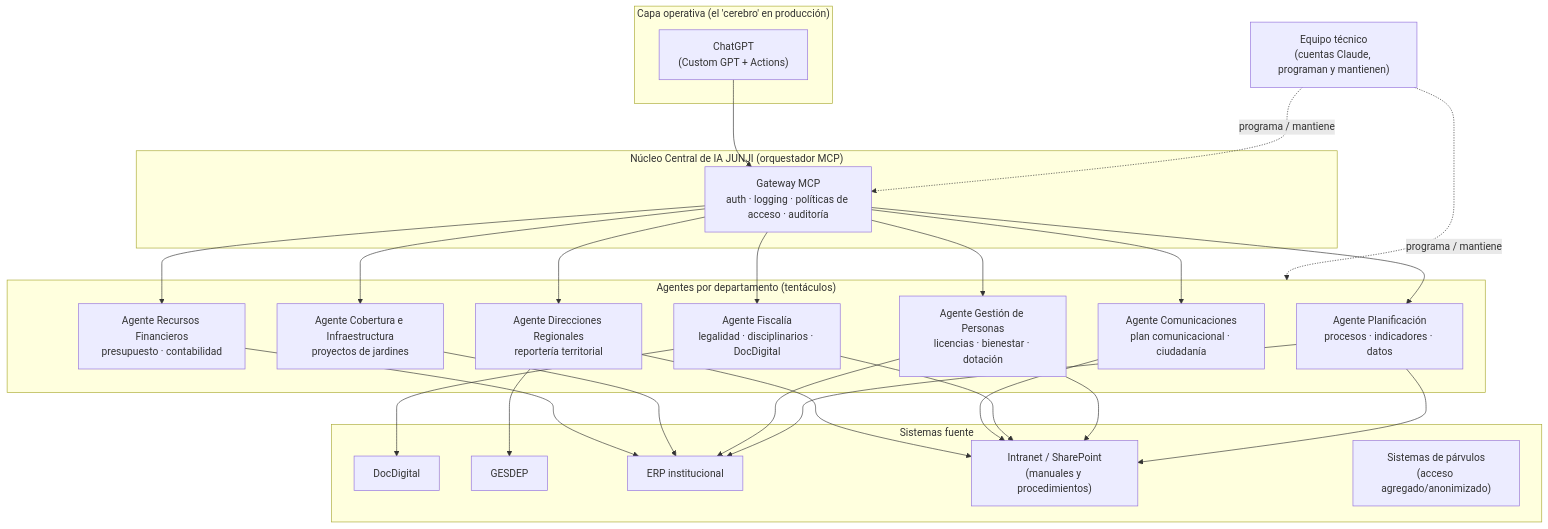
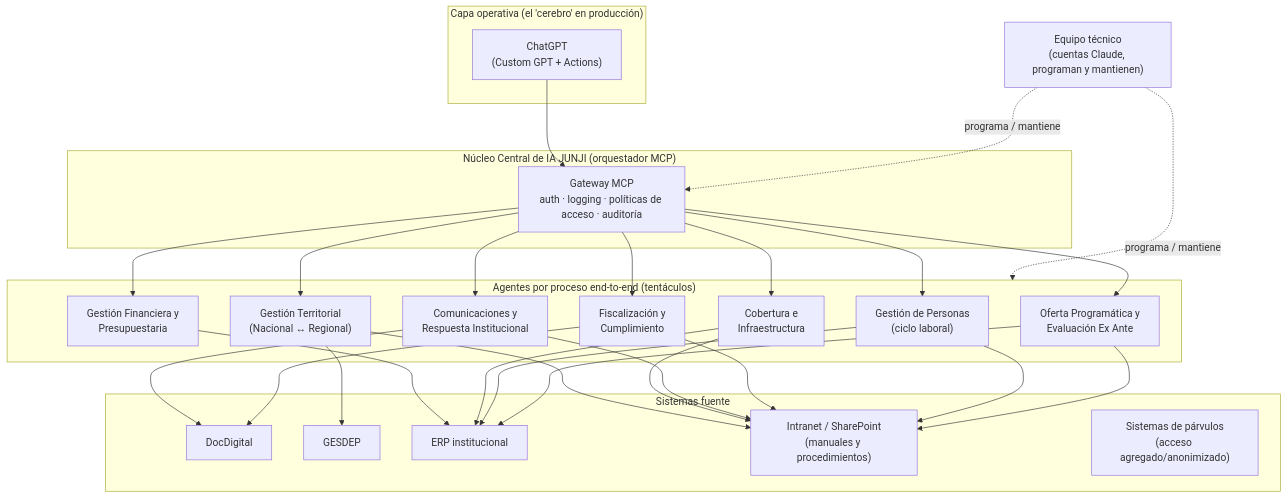
One commit to fzafe/docdigital-mcp-proxy changed the diagram in docs/estrategia-ia-junji-2026.md. Above: the diagram before and after it, drawn with Mermaid. The commit also changed other lines of this file and 1 other file, not shown here.

First line of the commit message:
Rediseñar agentes por proceso end-to-end desde el dia uno, y corregir conteo de regiones

````diff
--- a/docs/estrategia-ia-junji-2026.md
+++ b/docs/estrategia-ia-junji-2026.md
@@ -72,42 +74,42 @@
 ```mermaid
 flowchart TB
     DEV["Equipo técnico<br/>(cuentas Claude, programan y mantienen)"]
 
     subgraph Cerebro["Capa operativa (el 'cerebro' en producción)"]
         GPT["ChatGPT<br/>(Custom GPT + Actions)"]
     end
 
     subgraph Nucleo["Núcleo Central de IA JUNJI (orquestador MCP)"]
         GW["Gateway MCP<br/>auth · logging · políticas de acceso · auditoría"]
     end
 
-    subgraph Tentaculos["Agentes por departamento (tentáculos)"]
-        A1["Agente Planificación<br/>procesos · indicadores · datos"]
-        A2["Agente Gestión de Personas<br/>licencias · bienestar · dotación"]
-        A3["Agente Fiscalía<br/>legalidad · disciplinarios · DocDigital"]
-        A4["Agente Comunicaciones<br/>plan comunicacional · ciudadanía"]
-        A5["Agente Cobertura e Infraestructura<br/>proyectos de jardines"]
-        A6["Agente Recursos Financieros<br/>presupuesto · contabilidad"]
-        A7["Agente Direcciones Regionales<br/>reportería territorial"]
+    subgraph Tentaculos["Agentes por proceso end-to-end (tentáculos)"]
+        A1["Oferta Programática y<br/>Evaluación Ex Ante"]
+        A2["Gestión de Personas<br/>(ciclo laboral)"]
+        A3["Fiscalización y<br/>Cumplimiento"]
+        A4["Comunicaciones y<br/>Respuesta Institucional"]
+        A5["Cobertura e<br/>Infraestructura"]
+        A6["Gestión Financiera y<br/>Presupuestaria"]
+        A7["Gestión Territorial<br/>(Nacional ↔ Regional)"]
     end
 
     subgraph Sistemas["Sistemas fuente"]
         S1["DocDigital"]
         S2["GESDEP"]
         S3["ERP institucional"]
         S4["Intranet / SharePoint<br/>(manuales y procedimientos)"]
         S5["Sistemas de párvulos<br/>(acceso agregado/anonimizado)"]
     end
 
     DEV -. "programa / mantiene" .-> GW
     DEV -. "programa / mantiene" .-> Tentaculos
     GPT --> GW
     GW --> A1 & A2 & A3 & A4 & A5 & A6 & A7
     A1 --> S3 & S4
     A2 --> S3 & S4
     A3 --> S1 & S4
-    A4 --> S4
-    A5 --> S3
+    A4 --> S1 & S4
+    A5 --> S3 & S4
     A6 --> S3
     A7 --> S2 & S4
 ```
````
